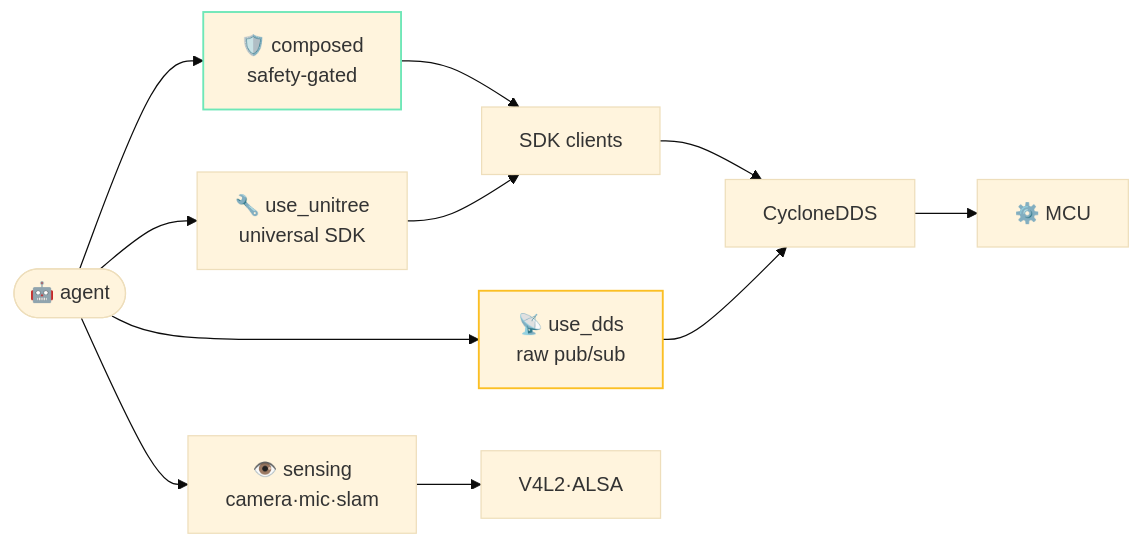
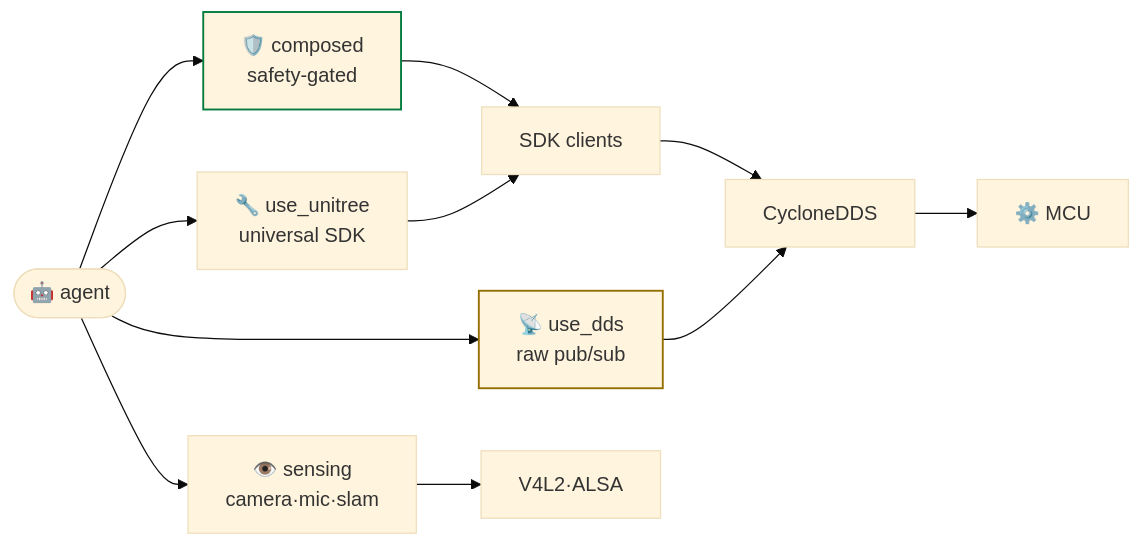
The second of 3 diagrams in docs/guide/architecture.md (cagataycali/neon-the-g1), drawn with Mermaid (base theme) before and after one commit. The commit also changed other lines of this file and 10 other files, not shown here.

Commit message:
mermaid: Material renders the fences itself; --md-mermaid-* tokens put diagrams in ink on the page surface, classDef strokes in the palette (green / grey / amber), neon's own mermaid@10 renderer and both init scripts removed

````diff
--- a/docs/guide/architecture.md
+++ b/docs/guide/architecture.md
@@ -46,16 +46,16 @@
 ```mermaid
 flowchart LR
   A(["🤖 agent"]) --> C["🛡️ composed<br/>safety-gated"]
   A --> U["🔧 use_unitree<br/>universal SDK"]
   A --> D["📡 use_dds<br/>raw pub/sub"]
   A --> S["👁️ sensing<br/>camera·mic·slam"]
   C --> SDK["SDK clients"] --> DDS["CycloneDDS"]
   U --> SDK
   D --> DDS
   DDS --> MCU["⚙️ MCU"]
   S --> V["V4L2·ALSA"]
-  classDef safe stroke:#6ee7b7,stroke-width:1.5px
-  classDef raw stroke:#fbbf24,stroke-width:1.5px
+  classDef safe stroke:#007a3d,stroke-width:1.5px
+  classDef raw stroke:#946e00,stroke-width:1.5px
   class C safe
   class D raw
 ```
````
